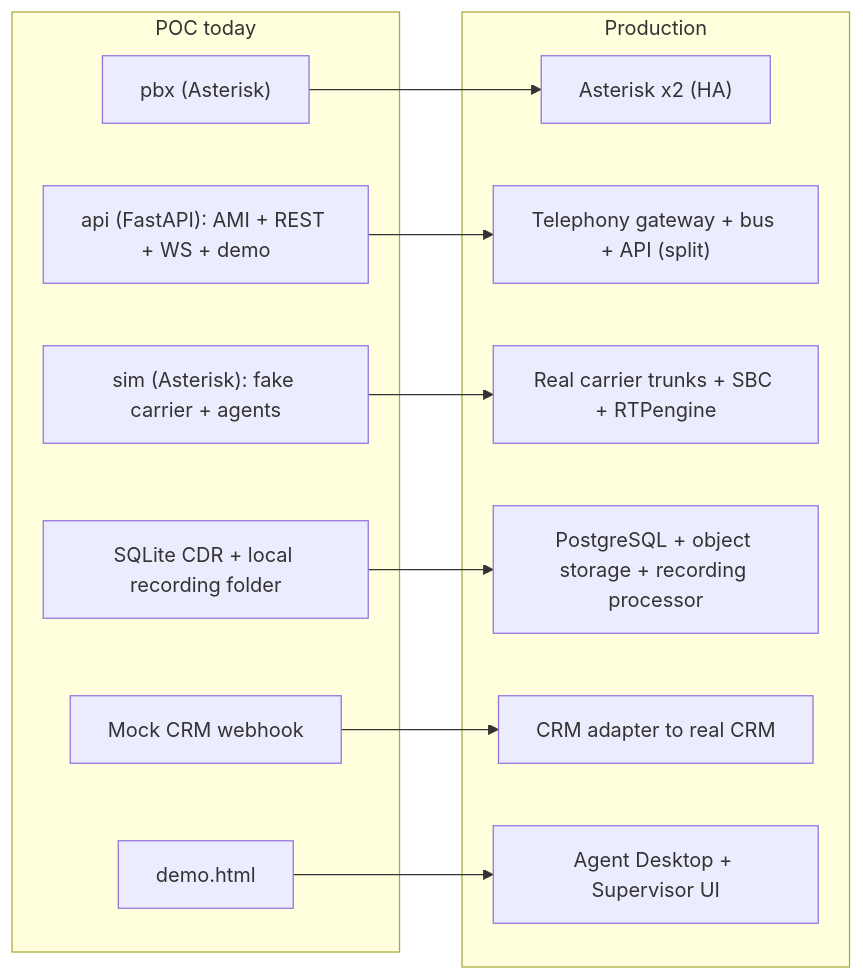
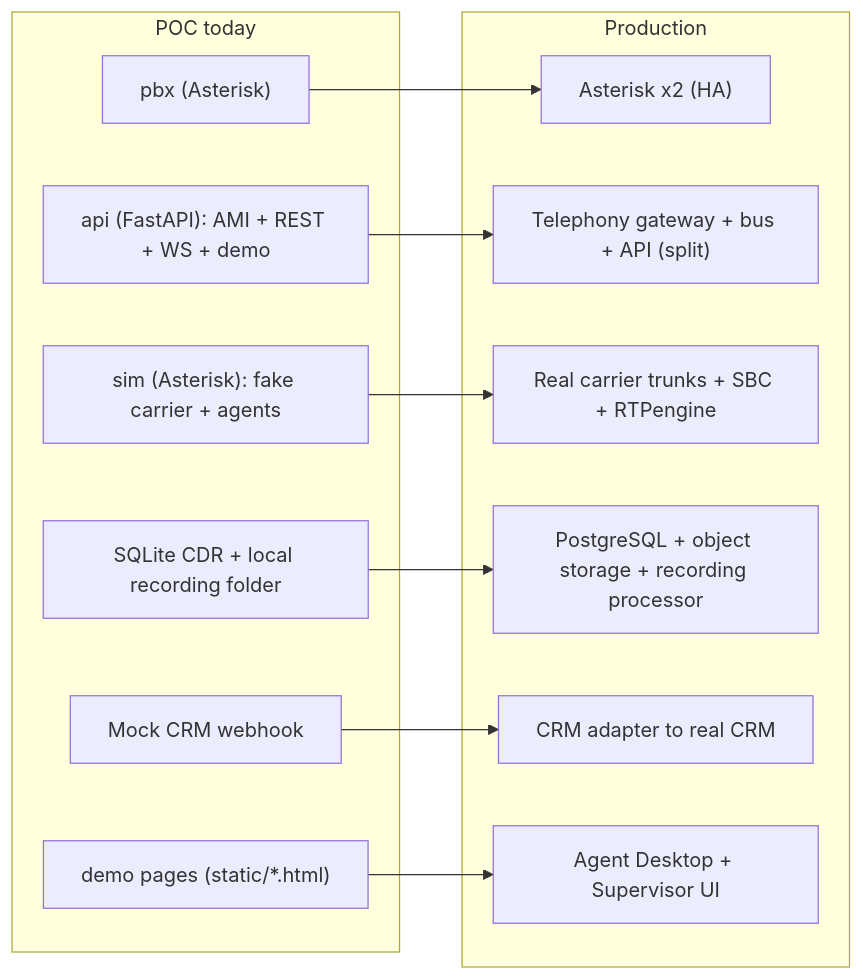
One commit to McDonan/asterisk-poc changed the tenth of 10 diagrams in docs/ARCHITECTURE.md. Above: the diagram before and after it, drawn with Mermaid. The commit also changed other lines of this file and 4 other files, not shown here.

Commit message:
docs: Update documentation for WebRTC integration, demo pages, and IVR menu enhancements

````diff
--- a/docs/ARCHITECTURE.md
+++ b/docs/ARCHITECTURE.md
@@ -365,25 +413,25 @@
 ```mermaid
 flowchart LR
     subgraph POC["POC today"]
         P1["pbx (Asterisk)"]
         P2["api (FastAPI): AMI + REST + WS + demo"]
         P3["sim (Asterisk): fake carrier + agents"]
         P4["SQLite CDR + local recording folder"]
         P5["Mock CRM webhook"]
-        P6["demo.html"]
+        P6["demo pages (static/*.html)"]
     end
     subgraph PROD["Production"]
         R1["Asterisk x2 (HA)"]
         R2["Telephony gateway + bus + API (split)"]
         R3["Real carrier trunks + SBC + RTPengine"]
         R4["PostgreSQL + object storage + recording processor"]
         R5["CRM adapter to real CRM"]
         R6["Agent Desktop + Supervisor UI"]
     end
     P1 --> R1
     P2 --> R2
     P3 --> R3
     P4 --> R4
     P5 --> R5
     P6 --> R6
 ```
````
